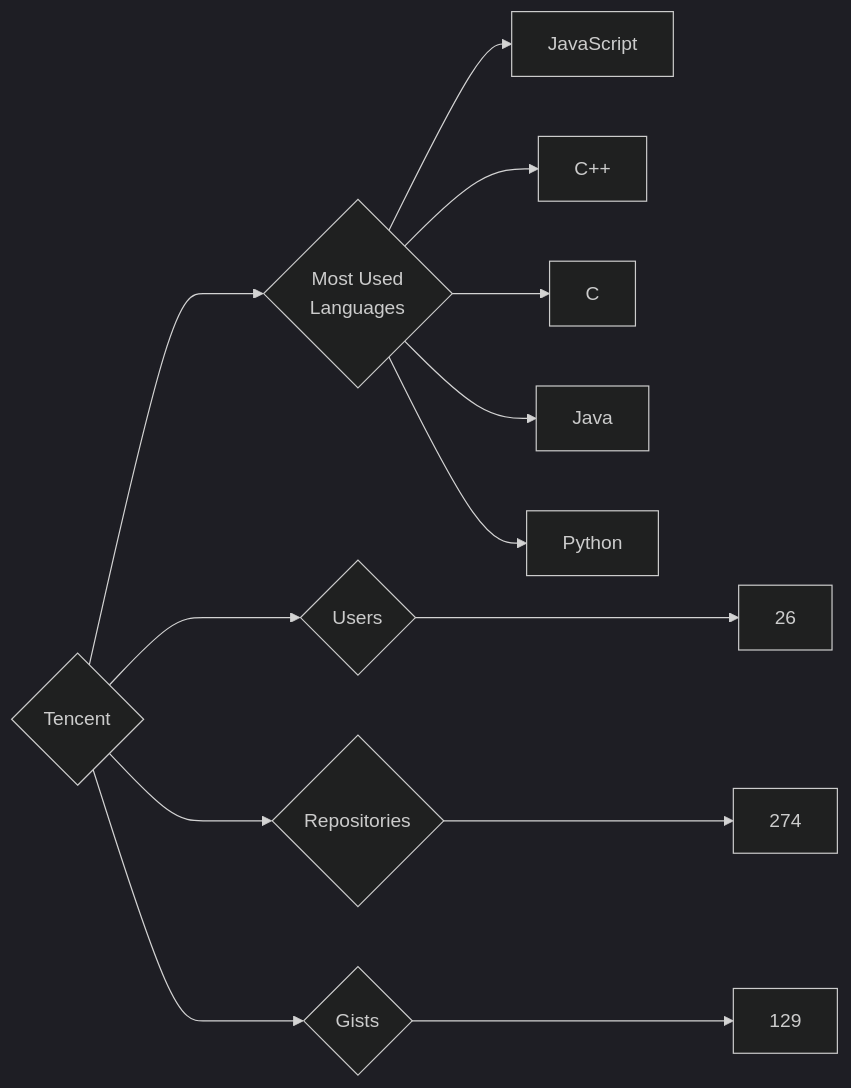
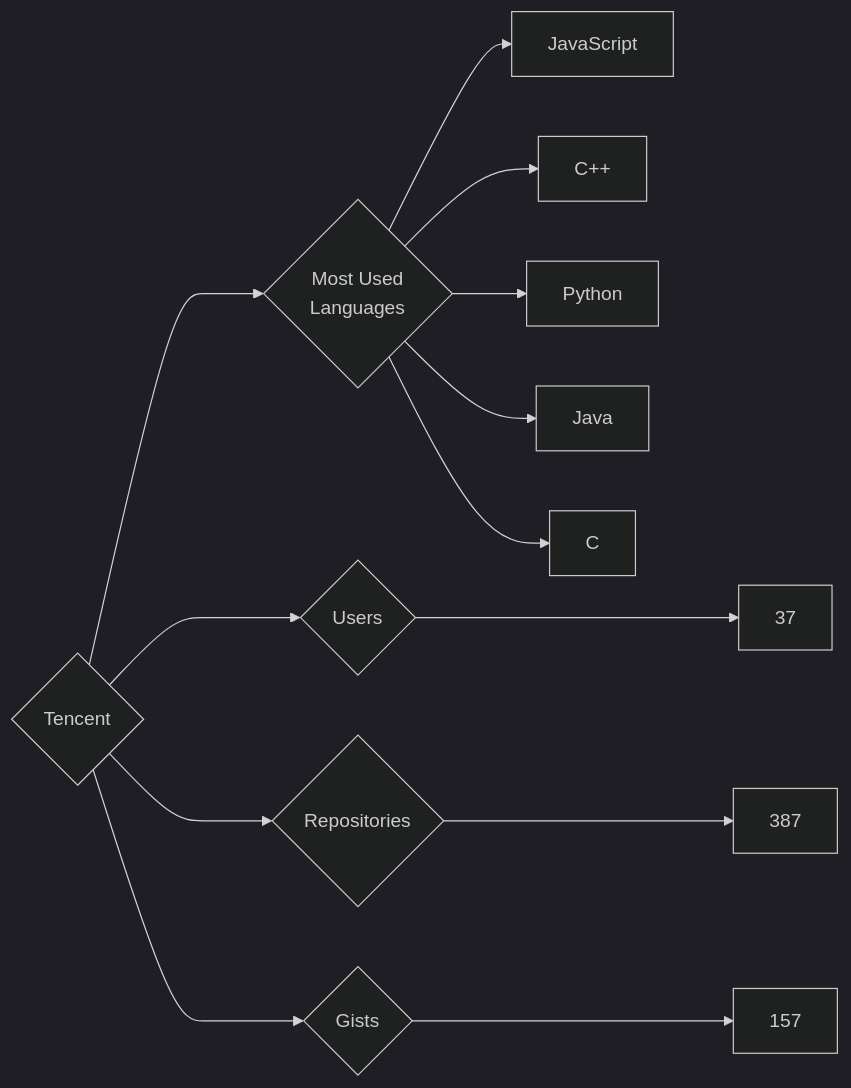
Before and after one commit to trickest/insiders: the diagram in targets/Tencent/README.md, drawn with Mermaid (dark theme). The commit also changed 839 other files, not shown here.

````diff
--- a/targets/Tencent/README.md
+++ b/targets/Tencent/README.md
@@ -3,13 +3,13 @@
 ```mermaid
 graph LR
 COMPANY_NAME{Tencent}
-COMPANY_NAME ---> U{Users} ---> UN[26]
-COMPANY_NAME ---> R{Repositories} ---> RN[274]
-COMPANY_NAME ---> G{Gists} ---> GN[129]
+COMPANY_NAME ---> U{Users} ---> UN[37]
+COMPANY_NAME ---> R{Repositories} ---> RN[387]
+COMPANY_NAME ---> G{Gists} ---> GN[157]
 COMPANY_NAME ---> ML{Most Used<br>Languages}
 ML --> JavaScript[JavaScript]
 ML --> C++[C++]
+ML --> Python[Python]
+ML --> Java[Java]
 ML --> C[C]
-ML --> Java[Java]
-ML --> Python[Python]
 ```
````
